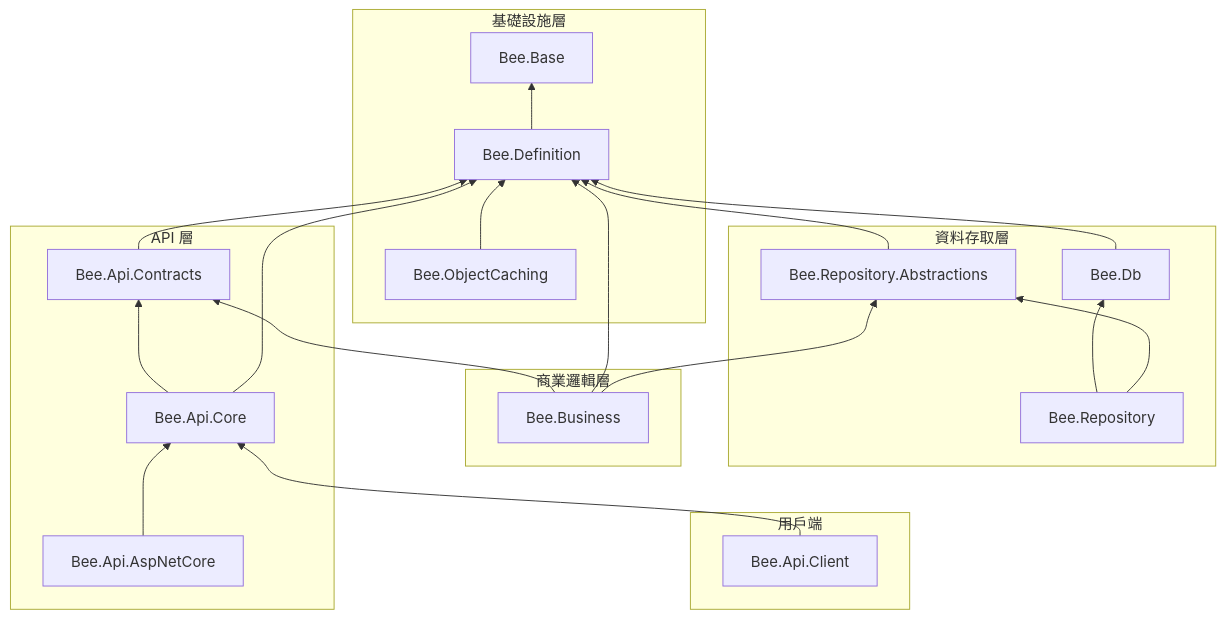
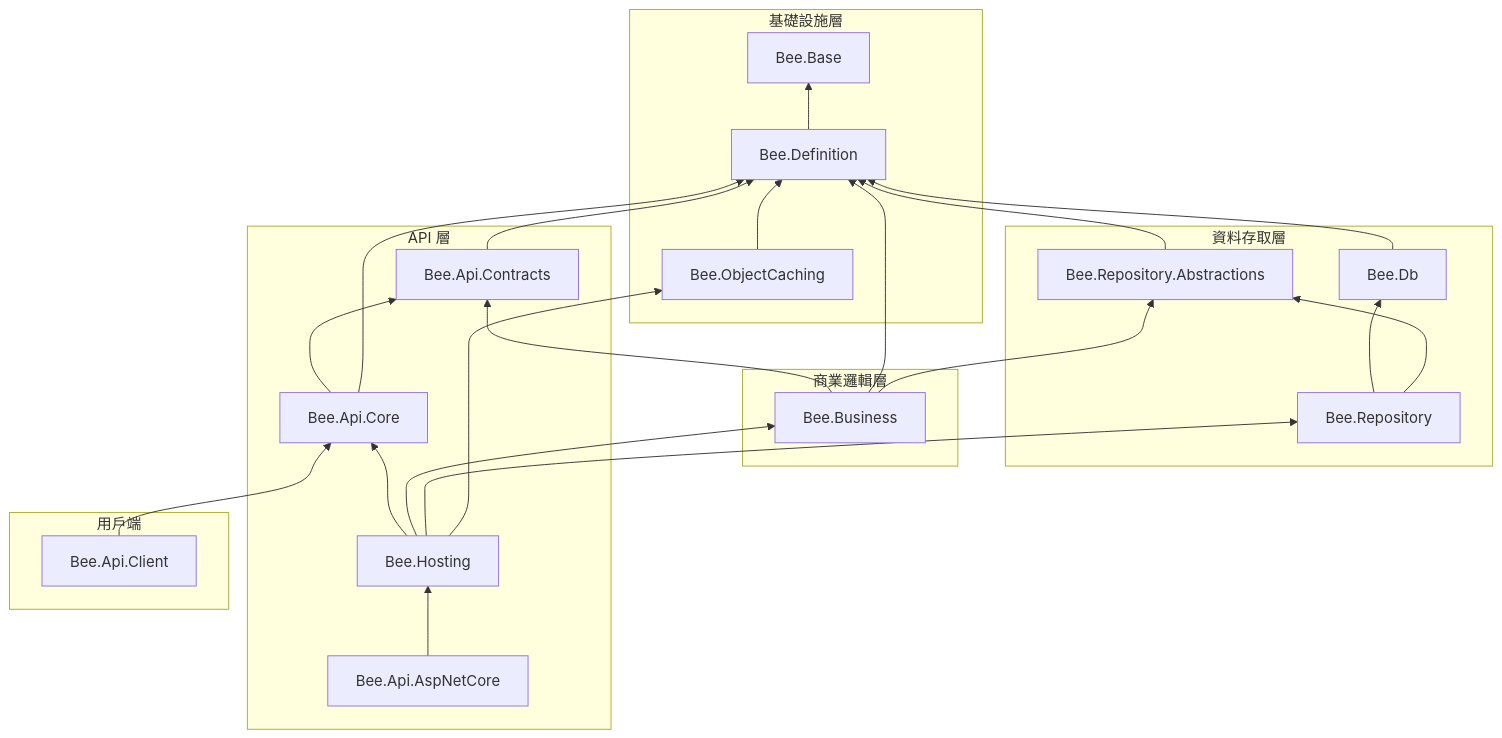
Before and after one commit to jeff377/bee-library: the diagram in docs/dependency-map.zh-TW.md, drawn with Mermaid. The commit also changed other lines of this file and 14 other files, not shown here.

First line of the commit message:
docs: 版本回退至 4.3.0 並 sweep 對外文件提及 Bee.Hosting

````diff
--- a/docs/dependency-map.zh-TW.md
+++ b/docs/dependency-map.zh-TW.md
@@ -11,43 +11,48 @@
 ```mermaid
 graph BT
   subgraph 基礎設施層
     Base["Bee.Base"]
     Definition["Bee.Definition"]
     Caching["Bee.ObjectCaching"]
   end
 
   subgraph 資料存取層
     RepoAbs["Bee.Repository.Abstractions"]
     Db["Bee.Db"]
     Repo["Bee.Repository"]
   end
 
   subgraph 商業邏輯層
     Business["Bee.Business"]
   end
 
   subgraph API 層
     Contracts["Bee.Api.Contracts"]
     Core["Bee.Api.Core"]
+    Hosting["Bee.Hosting"]
     AspNet["Bee.Api.AspNetCore"]
   end
 
   subgraph 用戶端
     Client["Bee.Api.Client"]
   end
 
   Definition --> Base
   Contracts --> Definition
   Db --> Definition
   RepoAbs --> Definition
   Caching --> Definition
   Business --> Contracts
   Business --> Definition
   Business --> RepoAbs
   Repo --> Db
   Repo --> RepoAbs
   Core --> Contracts
   Core --> Definition
-  AspNet --> Core
+  Hosting --> Core
+  Hosting --> Business
+  Hosting --> Repo
+  Hosting --> Caching
+  AspNet --> Hosting
   Client --> Core
 ```
````
